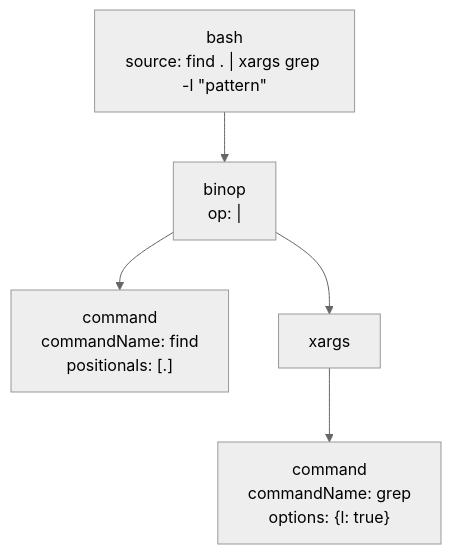
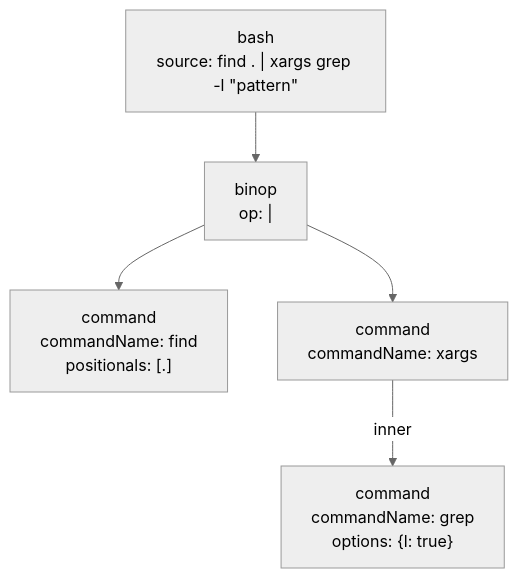
One commit to ashleydavis/claude-permissions changed the second of 2 diagrams in docs/HOW_IT_WORKS.md. Above: the diagram before and after it, drawn with Mermaid (neutral theme). The commit also changed other lines of this file and 36 other files, not shown here.

````diff
--- a/docs/HOW_IT_WORKS.md
+++ b/docs/HOW_IT_WORKS.md
@@ -61,7 +61,7 @@
 ```mermaid
 graph TD
   Bash["bash<br/>source: find . | xargs grep -l &quot;pattern&quot;"] --> Pipe["binop<br/>op: |"]
   Pipe --> Find["command<br/>commandName: find<br/>positionals: [.]"]
-  Pipe --> Xargs["xargs"]
-  Xargs --> Grep["command<br/>commandName: grep<br/>options: {l: true}"]
+  Pipe --> Xargs["command<br/>commandName: xargs"]
+  Xargs -->|inner| Grep["command<br/>commandName: grep<br/>options: {l: true}"]
 ```
````
